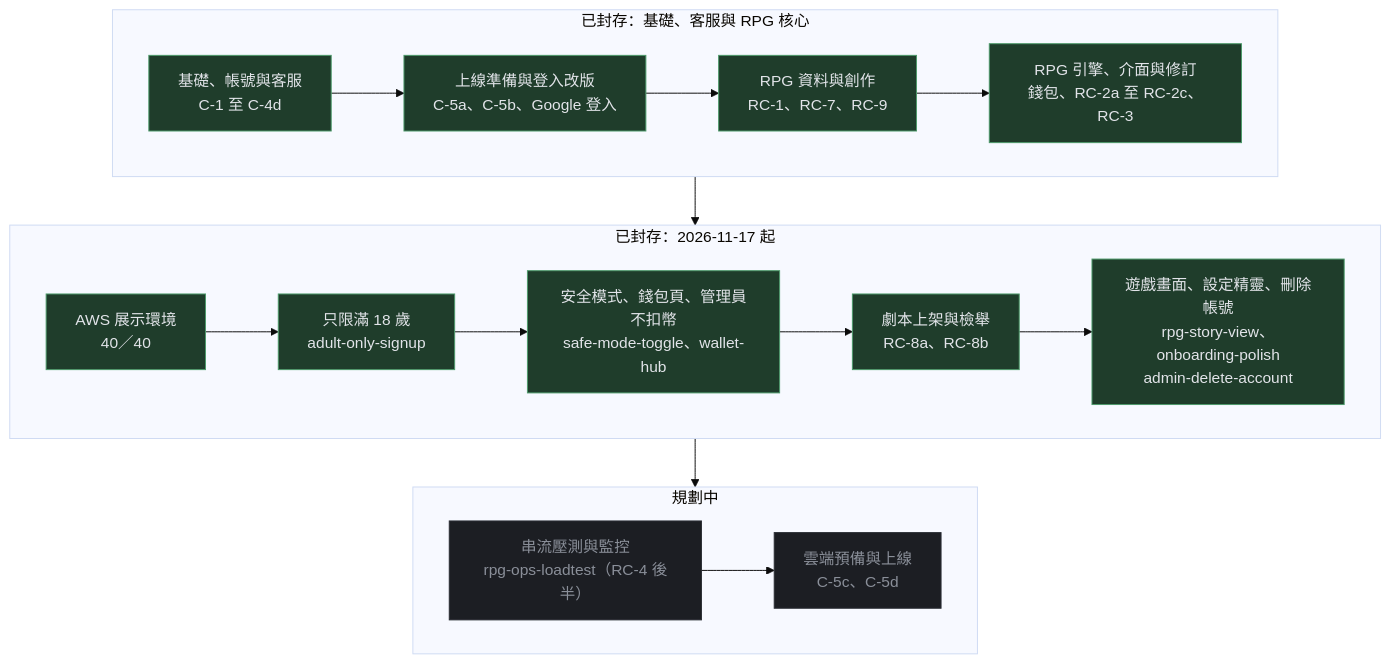
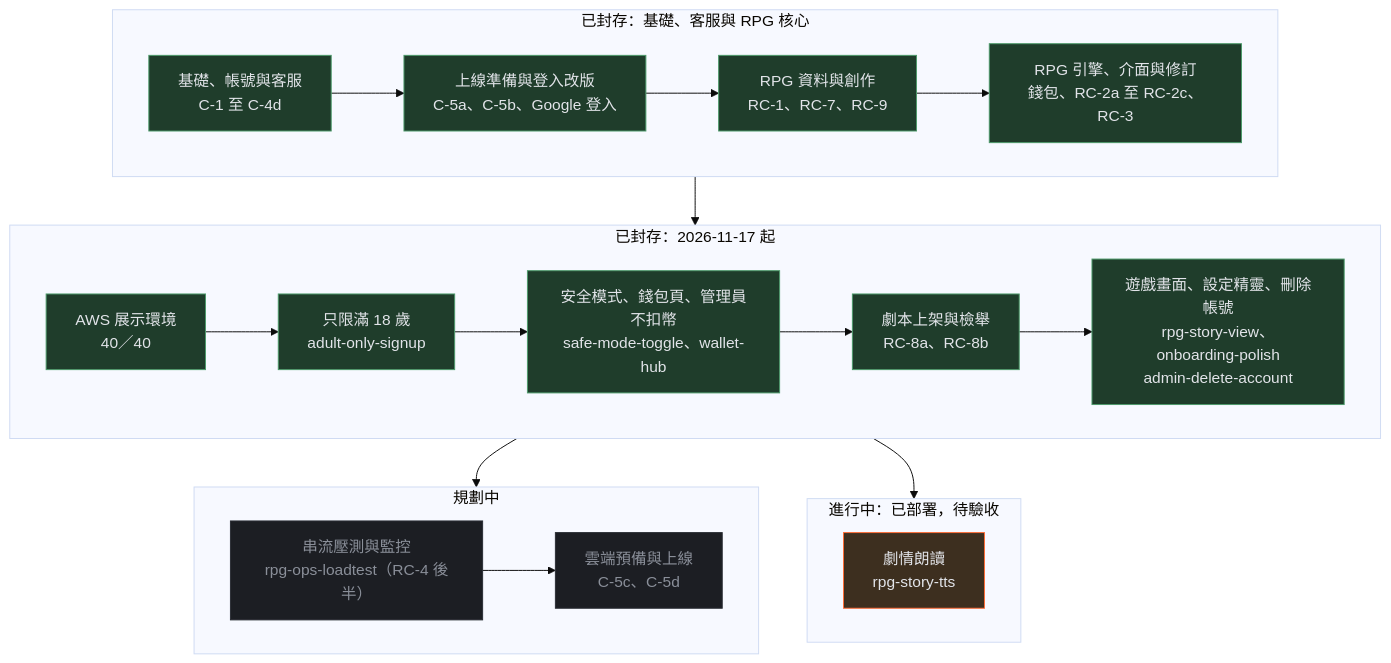
Diagram 18 of 18 in docs/2.0簡報.md (pp466pp466/R.A.C), drawn with Mermaid (base theme) before and after one commit. The commit also changed other lines of this file and 9 other files, not shown here.

First line of the commit message:
簡報與圖解補入劇情朗讀（rpg-story-tts）：2.0（含 PDF、2.1 pptx）、RPG 圖解、5.0

````diff
--- a/docs/2.0簡報.md
+++ b/docs/2.0簡報.md
@@ -955,19 +958,24 @@
 ```mermaid
 flowchart TB
     subgraph R1["已封存：基礎、客服與 RPG 核心"]
         direction LR
         A["基礎、帳號與客服<br/>C-1 至 C-4d"]:::done --> B["上線準備與登入改版<br/>C-5a、C-5b、Google 登入"]:::done --> C["RPG 資料與創作<br/>RC-1、RC-7、RC-9"]:::done --> D["RPG 引擎、介面與修訂<br/>錢包、RC-2a 至 RC-2c、RC-3"]:::done
     end
     subgraph R2["已封存：2026-11-17 起"]
         direction LR
         E["AWS 展示環境<br/>40／40"]:::done --> E2["只限滿 18 歲<br/>adult-only-signup"]:::done --> E3["安全模式、錢包頁、管理員不扣幣<br/>safe-mode-toggle、wallet-hub"]:::done --> E4["劇本上架與檢舉<br/>RC-8a、RC-8b"]:::done --> E5["遊戲畫面、設定精靈、刪除帳號<br/>rpg-story-view、onboarding-polish<br/>admin-delete-account"]:::done
     end
+    subgraph RA["進行中：已部署，待驗收"]
+        direction LR
+        T["劇情朗讀<br/>rpg-story-tts"]:::active
+    end
     subgraph R3["規劃中"]
         direction LR
         G["串流壓測與監控<br/>rpg-ops-loadtest（RC-4 後半）"]:::plan --> H["雲端預備與上線<br/>C-5c、C-5d"]:::plan
     end
     R1 --> R2 --> R3
+    R2 --> RA
     classDef done fill:#1f3d2b,stroke:#4c9a6a,color:#e2e4e9
     classDef active fill:#3d2f1f,stroke:#ff6b35,color:#e2e4e9
     classDef plan fill:#1c1e23,stroke:#2a2d34,color:#8a8f99
 ```
````
